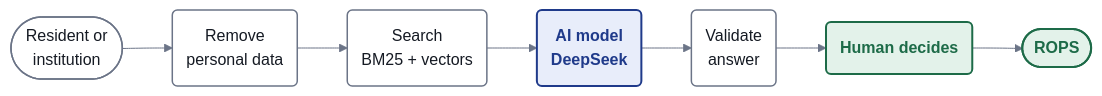
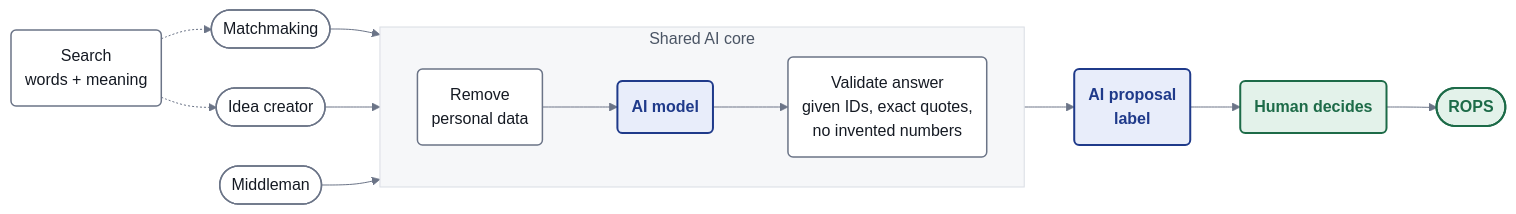
Before and after one commit to DEFALT314/feniks: the first of 4 diagrams in docs/AI_WORKFLOW.md, drawn with Mermaid. The commit also changed other lines of this file and 9 other files, not shown here.

Commit message:
AI diagrams: overview shows the shared core, no provider name, honest labels

````diff
--- a/docs/AI_WORKFLOW.md
+++ b/docs/AI_WORKFLOW.md
@@ -10,13 +10,21 @@
 ```mermaid
 %%{init: {"theme":"base","themeVariables":{"background":"#FFFFFF","primaryColor":"#FFFFFF","primaryBorderColor":"#1F3A8A","primaryTextColor":"#151A23","lineColor":"#6B7487","fontFamily":"Inter, Arial, Liberation Sans, Noto Sans, sans-serif","fontSize":"16px"},"flowchart":{"curve":"basis","nodeSpacing":40,"rankSpacing":50,"padding":14,"wrappingWidth":260}}}%%
 flowchart LR
-    U(["Resident or<br/>institution"]):::data --> P("Remove<br/>personal data"):::data
-    P --> S("Search<br/>BM25 + vectors"):::data
-    S --> M("AI model<br/>DeepSeek"):::ai
-    M --> V("Validate<br/>answer"):::data
-    V --> H("Human decides"):::human
+    M(["Matchmaking"]):::data --> P
+    C(["Idea creator"]):::data --> P
+    W(["Middleman"]):::data --> P
+    S("Search<br/>words + meaning"):::data -.-> M
+    S -.-> C
+    subgraph core["Shared AI core"]
+        direction LR
+        P("Remove<br/>personal data"):::data --> A("AI model"):::ai
+        A --> V("Validate answer<br/>given IDs, exact quotes,<br/>no invented numbers"):::data
+    end
+    V --> L("AI proposal<br/>label"):::ai
+    L --> H("Human decides"):::human
     H --> R(["ROPS"]):::human
+    style core fill:#F6F7F9,stroke:#D9DDE4,color:#4B5565
     classDef ai fill:#E8EDFA,stroke:#1F3A8A,stroke-width:2px,color:#1F3A8A,font-weight:bold
     classDef data fill:#FFFFFF,stroke:#6B7487,stroke-width:1.5px,color:#151A23
     classDef human fill:#E3F2EA,stroke:#1D6B48,stroke-width:2px,color:#1D6B48,font-weight:bold
 ```
````
